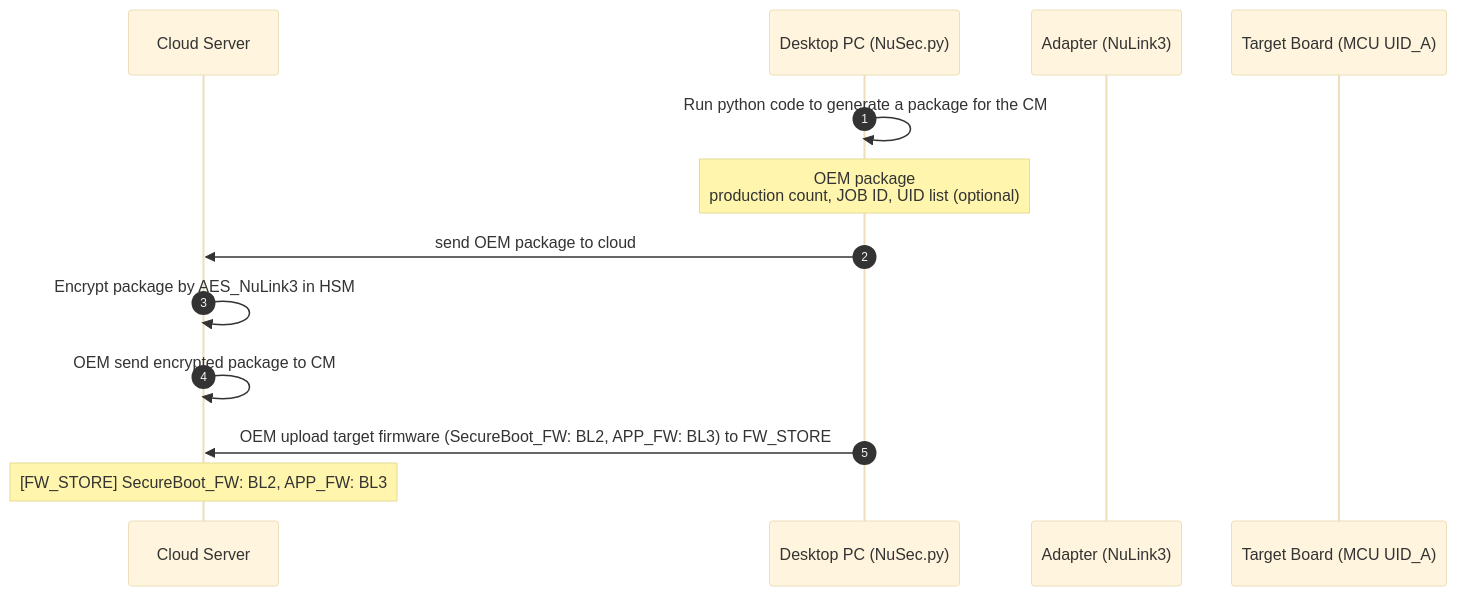
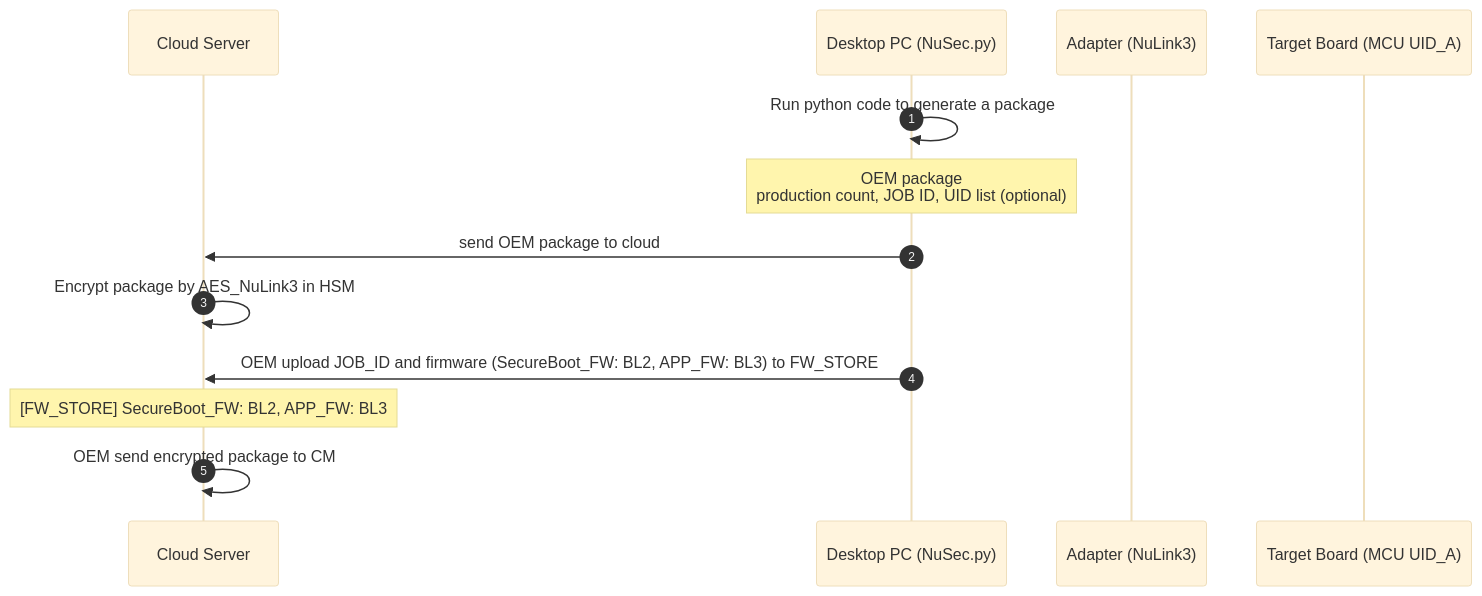
The diagram in 2. oem_package_export.md (ccma1120/NuSEC_System), drawn with Mermaid (base theme) before and after one commit.

Commit message:
Update 2. oem_package_export.md

````diff
--- a/2. oem_package_export.md
+++ b/2. oem_package_export.md
@@ -1,15 +1,15 @@
 ```mermaid
 sequenceDiagram
     autonumber
 	participant c as Cloud Server
 	participant d as Desktop PC (NuSec.py)
 	participant a as Adapter (NuLink3)
 	participant t as Target Board (MCU UID_A)
-    d ->> d: Run python code to generate a package for the CM
+    d ->> d: Run python code to generate a package 
     note over d: OEM package <br/> production count, JOB ID, UID list (optional)
     d ->> c: send OEM package to cloud
     c ->> c: Encrypt package by AES_NuLink3 in HSM
+    d ->> c: OEM upload JOB_ID and firmware (SecureBoot_FW: BL2, APP_FW: BL3) to FW_STORE
+    note over c: [FW_STORE] SecureBoot_FW: BL2, APP_FW: BL3
     c ->> c: OEM send encrypted package to CM 
-    d ->> c: OEM upload target firmware (SecureBoot_FW: BL2, APP_FW: BL3) to FW_STORE
-    note over c: [FW_STORE] SecureBoot_FW: BL2, APP_FW: BL3
 ```
````
